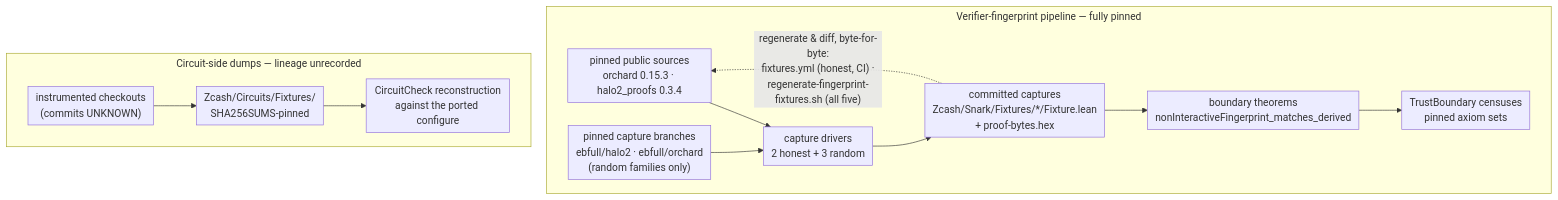
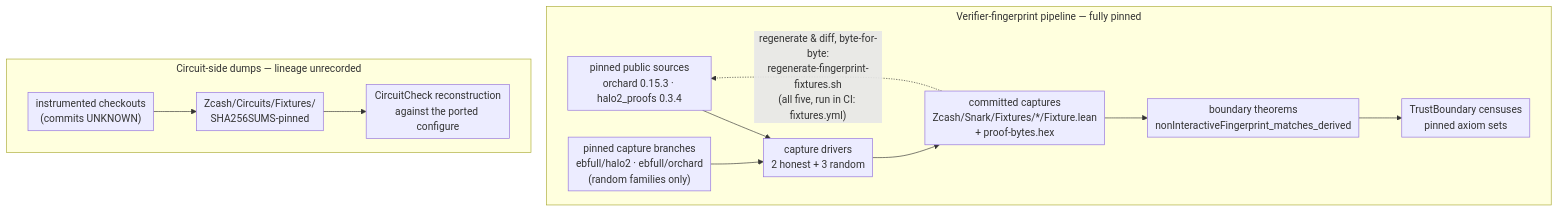
The diagram in book/src/formal-verification/trust-boundary.md (daira/ironwood), drawn with Mermaid before and after one commit. The commit also changed other lines of this file and 5 other files, not shown here.

````diff
--- a/book/src/formal-verification/trust-boundary.md
+++ b/book/src/formal-verification/trust-boundary.md
@@ -141,22 +141,22 @@
 ```mermaid
 %%{init: {"flowchart": {"nodeSpacing": 24, "rankSpacing": 42, "padding": 6, "diagramPadding": 4, "subGraphTitleMargin": {"top": 4, "bottom": 14}}, "themeCSS": ".cluster-label { font-weight: 700; font-family: raleway, sans-serif; }"}}%%
 flowchart TD
   subgraph FP["Verifier-fingerprint pipeline — fully pinned"]
     PINS["pinned public sources<br/>orchard 0.15.3 · halo2_proofs 0.3.4"]
     BRANCH["pinned capture branches<br/>ebfull/halo2 · ebfull/orchard<br/>(random families only)"]
     DRIVERS["capture drivers<br/>2 honest + 3 random"]
     FIX["committed captures<br/>Zcash/Snark/Fixtures/*/Fixture.lean<br/>+ proof-bytes.hex"]
     THM["boundary theorems<br/>nonInteractiveFingerprint_matches_derived"]
     CENSUS["TrustBoundary censuses<br/>pinned axiom sets"]
     PINS --> DRIVERS
     BRANCH --> DRIVERS
     DRIVERS --> FIX --> THM --> CENSUS
-    FIX -. "regenerate &amp; diff, byte-for-byte:<br/>fixtures.yml (honest, CI) ·<br/>regenerate-fingerprint-fixtures.sh (all five)" .-> PINS
+    FIX -. "regenerate &amp; diff, byte-for-byte:<br/>regenerate-fingerprint-fixtures.sh<br/>(all five, run in CI: fixtures.yml)" .-> PINS
   end
   subgraph CS["Circuit-side dumps — lineage unrecorded"]
     INST["instrumented checkouts<br/>(commits UNKNOWN)"]
     DUMPS["Zcash/Circuits/Fixtures/<br/>SHA256SUMS-pinned"]
     CHECK["CircuitCheck reconstruction<br/>against the ported configure"]
     INST --> DUMPS --> CHECK
   end
 ```
````
